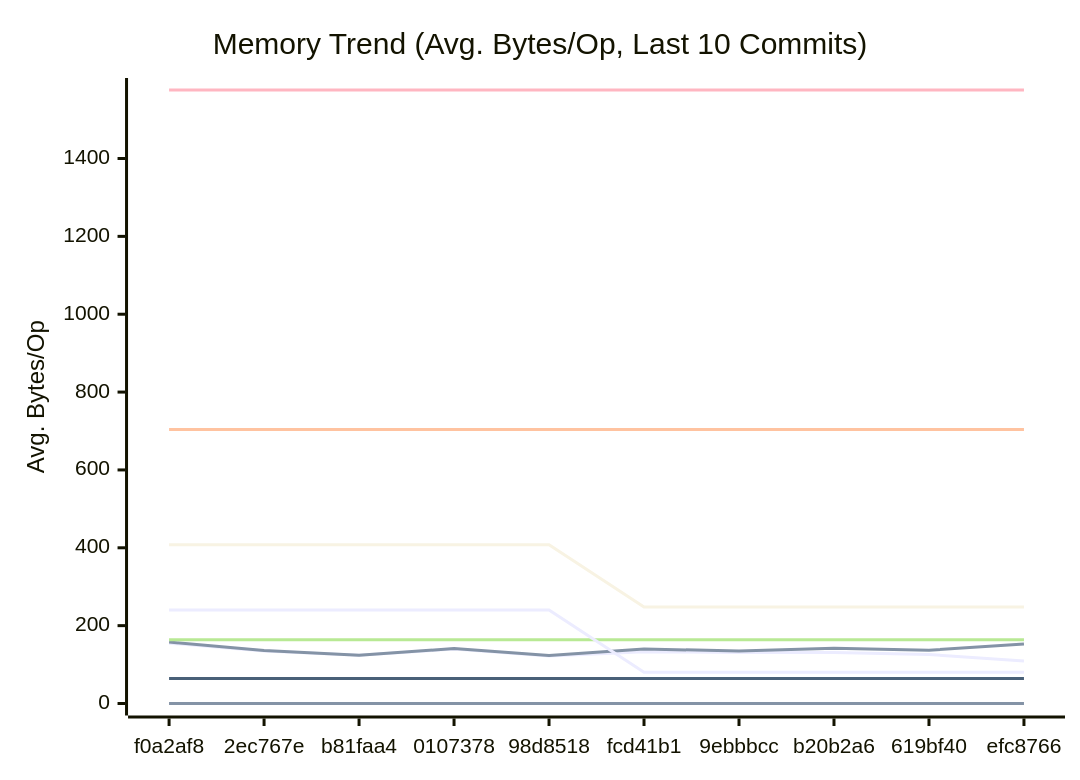
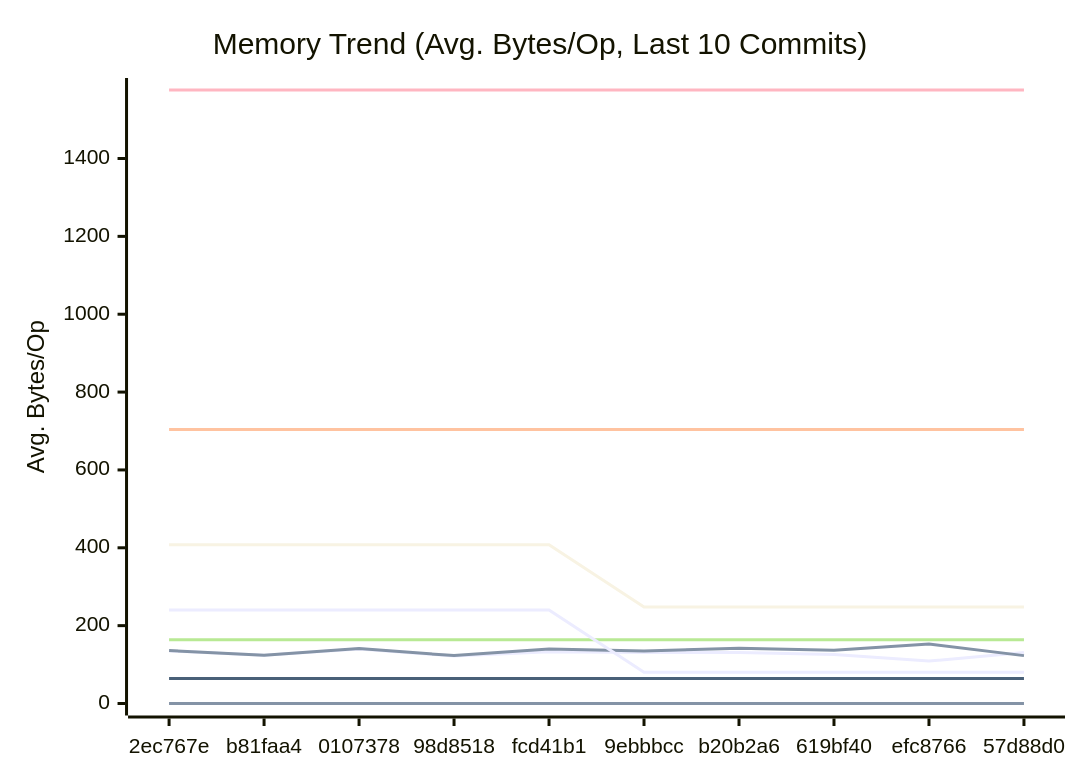
Before and after one commit to alsotoes/momo: the second of 3 diagrams in docs/PERFORMANCE.md, drawn with Mermaid. The commit also changed other lines of this file and 3 other files, not shown here.

````diff
--- a/docs/PERFORMANCE.md
+++ b/docs/PERFORMANCE.md
@@ -171,20 +171,20 @@
 ```mermaid
 xychart-beta
     title "Memory Trend (Avg. Bytes/Op, Last 10 Commits)"
     x-axis "Commit"
     y-axis "Avg. Bytes/Op"
-    x-axis [f0a2af8,2ec767e,b81faa4,0107378,98d8518,fcd41b1,9ebbbcc,b20b2a6,619bf40,efc8766]
-    line "AWSChunkedReaderSigned" [155,135,124,140,122,133,131,131,126,109]
-    line "AWSChunkedReaderUnsigned" [158,136,124,141,123,140,135,142,137,153]
+    x-axis [2ec767e,b81faa4,0107378,98d8518,fcd41b1,9ebbbcc,b20b2a6,619bf40,efc8766,57d88d0]
+    line "AWSChunkedReaderSigned" [135,124,140,122,133,131,131,126,109,131]
+    line "AWSChunkedReaderUnsigned" [136,124,141,123,140,135,142,137,153,123]
     line "CheckMetricsAndSwap" [0,0,0,0,0,0,0,0,0,0]
     line "CrushOptimized" [0,0,0,0,0,0,0,0,0,0]
     line "CrushOriginal" [164,164,164,164,164,164,164,164,164,164]
     line "IndexDirectTracking" [0,0,0,0,0,0,0,0,0,0]
     line "IndexSearch" [0,0,0,0,0,0,0,0,0,0]
     line "LoadGlobalConfig" [1576,1576,1576,1576,1576,1576,1576,1576,1576,1576]
     line "PadString" [64,64,64,64,64,64,64,64,64,64]
     line "ParseReplicationOrder_NoPrealloc" [408,408,408,408,408,248,248,248,248,248]
     line "ParseReplicationOrder_Prealloc" [240,240,240,240,240,80,80,80,80,80]
     line "SanitizeLog/Safe" [0,0,0,0,0,0,0,0,0,0]
     line "SanitizeLog/Unsafe" [704,704,704,704,704,704,704,704,704,704]
 ```
````
